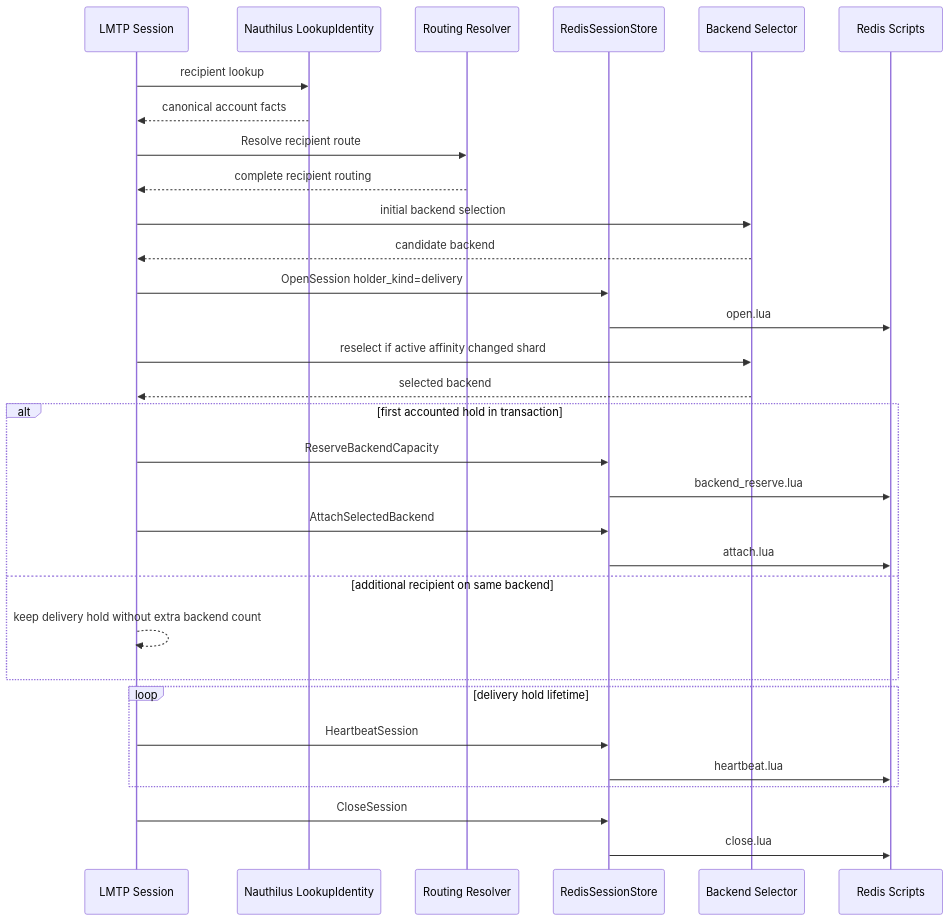
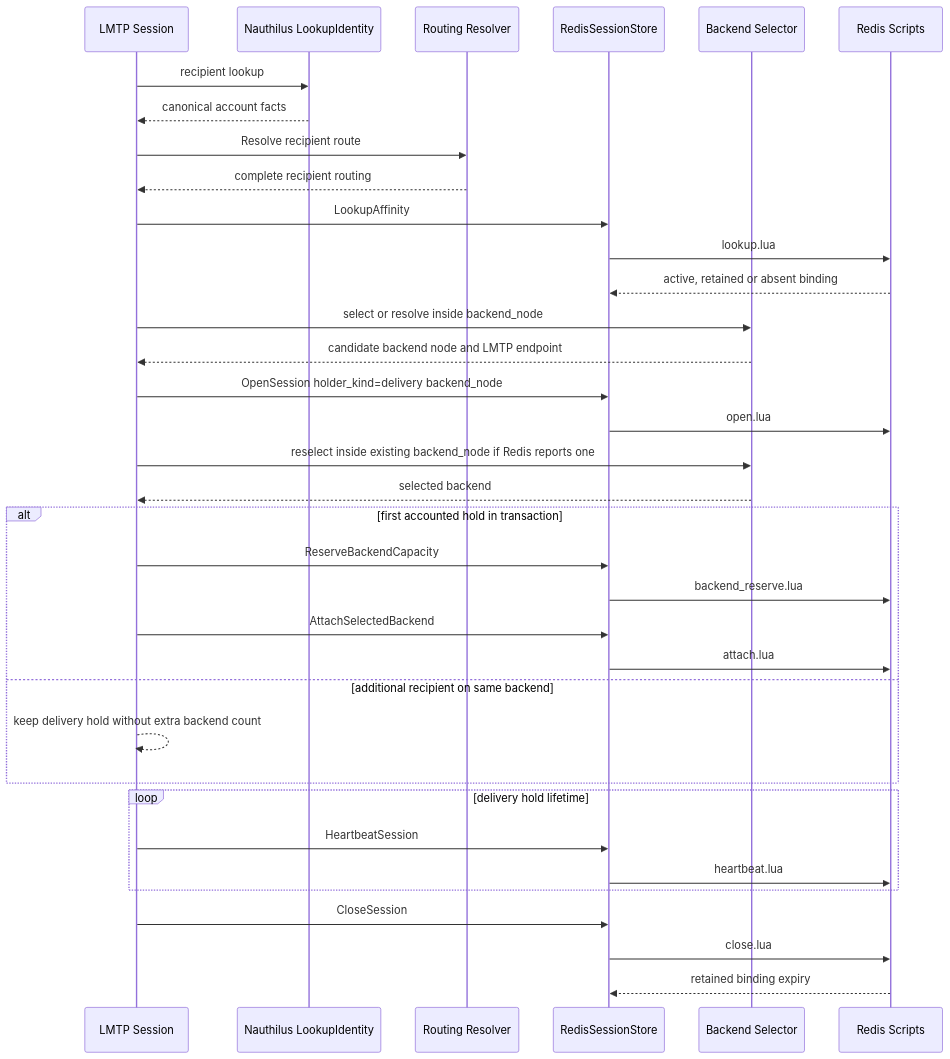
The fourth of 7 diagrams in docs/developer/AFFINITY_SESSION_HANDLING.md (croessner/nauthilus-director), drawn with Mermaid before and after one commit. The commit also changed other lines of this file and 75 other files, not shown here.

First line of the commit message:
Change: Enforce cross-protocol backend-node affinity

````diff
--- a/docs/developer/AFFINITY_SESSION_HANDLING.md
+++ b/docs/developer/AFFINITY_SESSION_HANDLING.md
@@ -275,34 +293,38 @@
 ```mermaid
 sequenceDiagram
     participant LMTP as LMTP Session
     participant Identity as Nauthilus LookupIdentity
     participant Routing as Routing Resolver
     participant Store as RedisSessionStore
     participant Selector as Backend Selector
     participant Redis as Redis Scripts
 
     LMTP->>Identity: recipient lookup
     Identity-->>LMTP: canonical account facts
     LMTP->>Routing: Resolve recipient route
     Routing-->>LMTP: complete recipient routing
-    LMTP->>Selector: initial backend selection
-    Selector-->>LMTP: candidate backend
-    LMTP->>Store: OpenSession holder_kind=delivery
+    LMTP->>Store: LookupAffinity
+    Store->>Redis: lookup.lua
+    Redis-->>Store: active, retained or absent binding
+    LMTP->>Selector: select or resolve inside backend_node
+    Selector-->>LMTP: candidate backend node and LMTP endpoint
+    LMTP->>Store: OpenSession holder_kind=delivery backend_node
     Store->>Redis: open.lua
-    LMTP->>Selector: reselect if active affinity changed shard
+    LMTP->>Selector: reselect inside existing backend_node if Redis reports one
     Selector-->>LMTP: selected backend
     alt first accounted hold in transaction
         LMTP->>Store: ReserveBackendCapacity
         Store->>Redis: backend_reserve.lua
         LMTP->>Store: AttachSelectedBackend
         Store->>Redis: attach.lua
     else additional recipient on same backend
         LMTP-->>LMTP: keep delivery hold without extra backend count
     end
     loop delivery hold lifetime
         LMTP->>Store: HeartbeatSession
         Store->>Redis: heartbeat.lua
     end
     LMTP->>Store: CloseSession
     Store->>Redis: close.lua
+    Redis-->>Store: retained binding expiry
 ```
````
